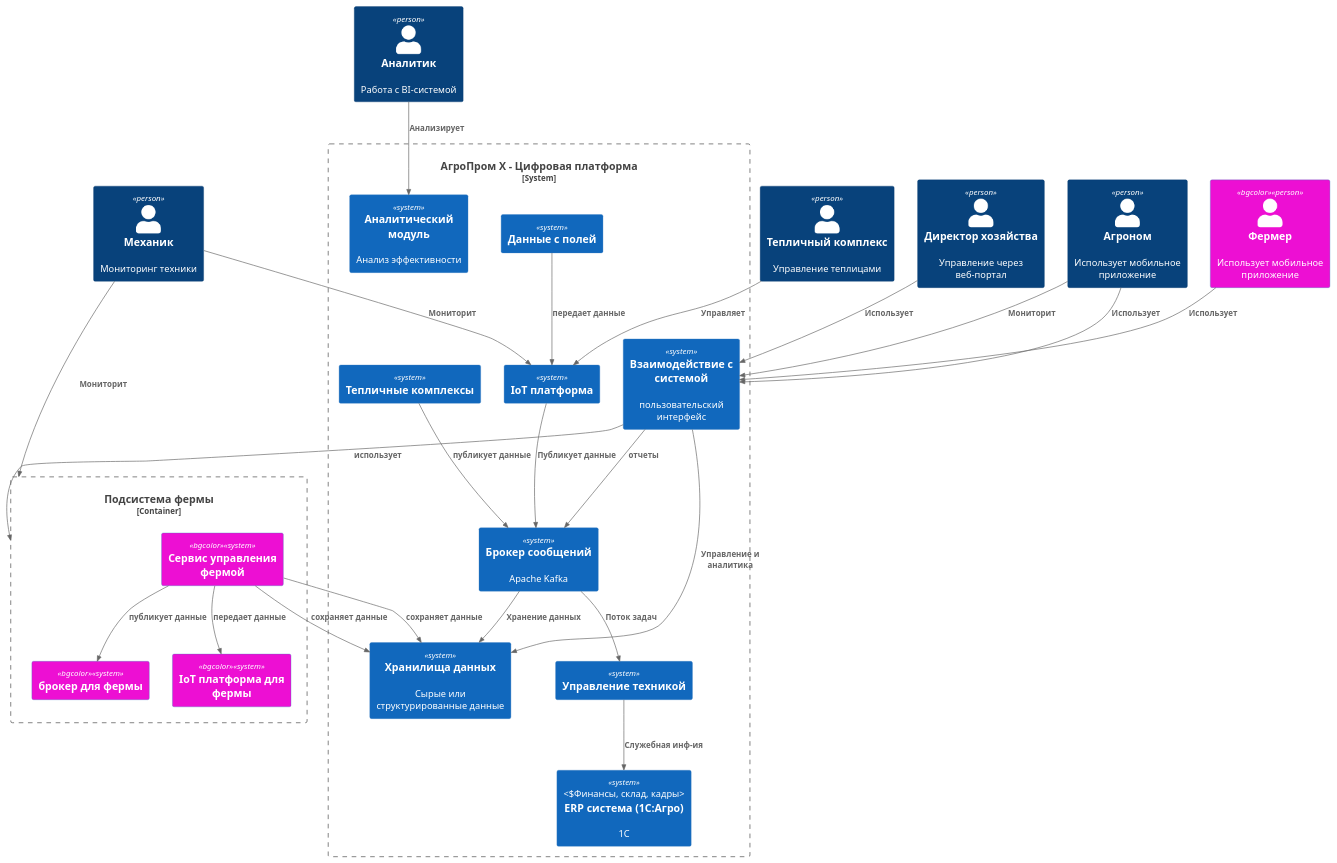
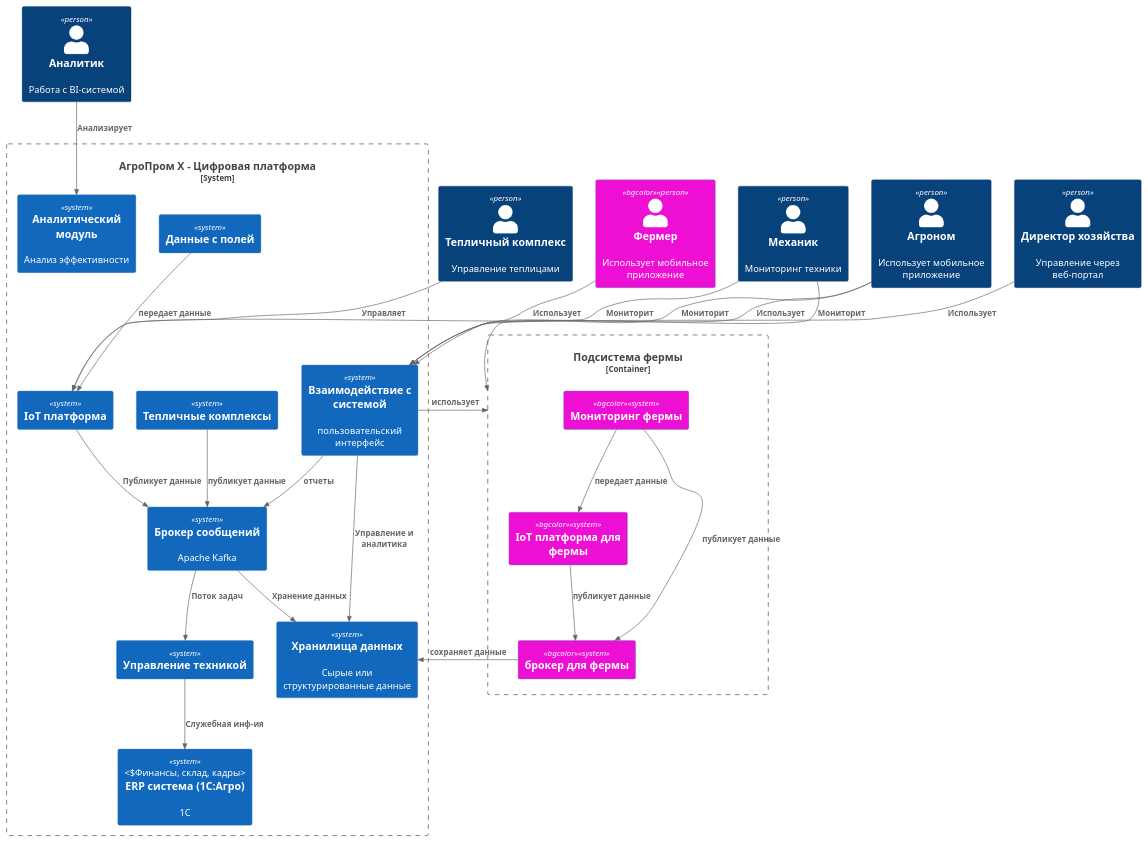
Before and after one commit to sharov-am/MSA-AgroTech: the diagram in Task1/c1_agrotech_new_fermer_system_alternative.puml, drawn with PlantUML. The commit also changed 1 other file, not shown here.

```diff
--- a/Task1/c1_agrotech_new_fermer_system_alternative.puml
+++ b/Task1/c1_agrotech_new_fermer_system_alternative.puml
@@ -1,64 +1,64 @@
 @startuml Архитектура_АгроТех_Системы_v4
 
 !include https://raw.githubusercontent.com/plantuml-stdlib/C4-PlantUML/master/C4_Container.puml
 
 ' === Участники ===
 AddSystemTag("bgcolor", $bgColor="#ed0fd3ff")
 
 Person(директор, "Директор хозяйства", "Управление через веб-портал")
 Person(агроном, "Агроном", "Использует мобильное приложение")
 Person(тепличник, "Тепличный комплекс", "Управление теплицами")
 Person(механик, "Механик", "Мониторинг техники")
 Person(аналитик, "Аналитик", "Работа с BI-системой")
 Person(фермер, "Фермер", "Использует мобильное приложение",$tags="bgcolor")
 
 System_Boundary(платформа, "АгроПром Х - Цифровая платформа") {
     
     System(erp, "ERP система (1С:Агро)", "1С", "Финансы, склад, кадры")
     System(тепличные_системы, "Тепличные комплексы") 
     System(брокер, "Брокер сообщений", "Apache Kafka")
     System(iot_платформа, "IoT платформа") 
     System(полевые_данные, "Данные с полей")
     System(управление_техникой, "Управление техникой") 
     System(данные, "Хранилища данных","Сырые или структурированные данные") 
     System(аналитика, "Аналитический модуль",  "Анализ эффективности")
     System(ui, "Взаимодействие с системой", "пользовательский интерфейс")
       
 }
 Container_Boundary(подсистема_фермы,"Подсистема фермы"){
-System(модуль_фермы, "Сервис управления фермой", $tags="bgcolor")
+System(модуль_фермы, "Мониторинг фермы", $tags="bgcolor")
 System(ферма_iot_платформа, "IoT платформа для фермы", $tags="bgcolor") 
 System(ферма_брокер, "брокер для фермы", $tags="bgcolor") 
 
 }
 
 ' === Взаимосвязи ===
 Rel(тепличные_системы, брокер, "публикует данные")
 
 Rel(полевые_данные, iot_платформа, "передает данные")
 Rel(iot_платформа, брокер, "Публикует данные")
 Rel(ui, брокер, "отчеты")
 Rel(брокер, управление_техникой, "Поток задач")
 Rel(брокер, данные, "Хранение данных")
 Rel(управление_техникой, erp, "Служебная инф-ия")
 Rel(ui, данные, "Управление и аналитика")
 
 ' === Взаимосвязи подсистемы фермы ===
 Rel(модуль_фермы, ферма_iot_платформа, "передает данные")
 Rel(модуль_фермы, ферма_брокер, "публикует данные")
-Rel(модуль_фермы, данные, "сохраняет данные")
-Rel(модуль_фермы, данные, "сохраняет данные")
+Rel(ферма_брокер, данные, "сохраняет данные")
+Rel(ферма_iot_платформа, ферма_брокер, "публикует данные")
 Rel(ui, подсистема_фермы, "использует")
 
 ' === Взаимосвязи пользователей и сервисов===
 Rel(директор, ui, "Использует")
 Rel(агроном, ui, "Использует")
 Rel(механик, iot_платформа, "Мониторит")
 Rel(тепличник, iot_платформа, "Управляет")
 Rel(аналитик, аналитика, "Анализирует")
 Rel(агроном, ui, "Мониторит")
 Rel(механик, подсистема_фермы, "Мониторит")
 
 Rel(фермер, ui, "Использует")
 
 @enduml
```
